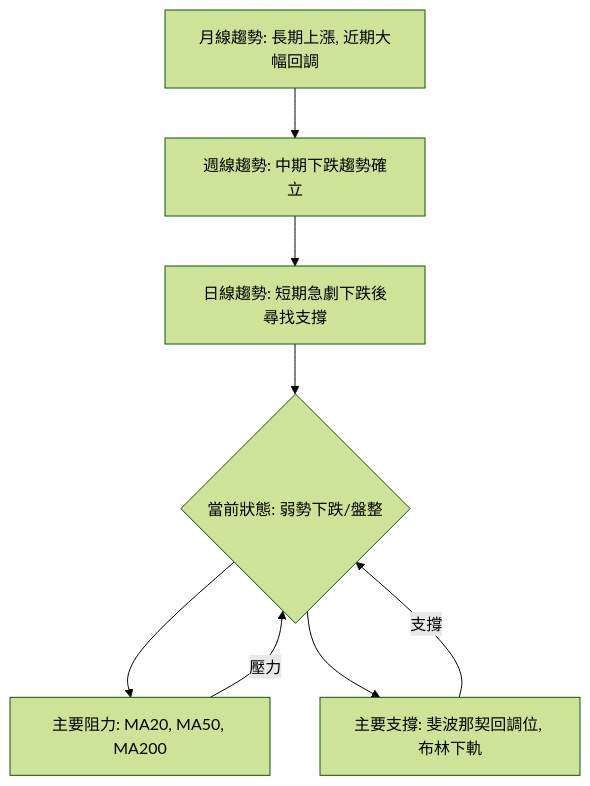
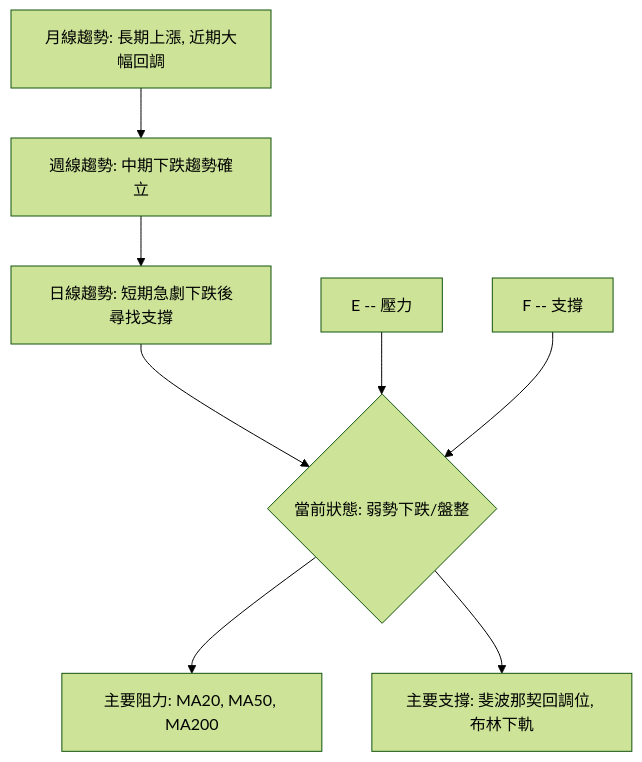
One commit to yennanliu/finance_data changed the second of 12 diagrams in ai_gen_report/stock/onds/technical_analysis_2026-07-01_gemini.md. Above: the diagram before and after it, drawn with Mermaid (forest theme). The commit also changed other lines of this file and 2258 other files, not shown here.

First line of the commit message:
chore: backfill Mermaid syntax repair across existing reports

````diff
--- a/ai_gen_report/stock/onds/technical_analysis_2026-07-01_gemini.md
+++ b/ai_gen_report/stock/onds/technical_analysis_2026-07-01_gemini.md
@@ -131,10 +131,10 @@
 ```mermaid
 graph TD
-    A[月線趨勢: 長期上漲, 近期大幅回調] --> B[週線趨勢: 中期下跌趨勢確立]
-    B --> C[日線趨勢: 短期急劇下跌後尋找支撐]
-    C --> D{當前狀態: 弱勢下跌/盤整}
-    D --> E[主要阻力: MA20, MA50, MA200]
-    D --> F[主要支撐: 斐波那契回調位, 布林下軌]
-    E -- 壓力 --> D
-    F -- 支撐 --> D
+    A["月線趨勢: 長期上漲, 近期大幅回調"] --> B["週線趨勢: 中期下跌趨勢確立"]
+    B --> C["日線趨勢: 短期急劇下跌後尋找支撐"]
+    C --> D{"當前狀態: 弱勢下跌/盤整"}
+    D --> E["主要阻力: MA20, MA50, MA200"]
+    D --> F["主要支撐: 斐波那契回調位, 布林下軌"]
+    nb1["E -- 壓力"] --> D
+    nb2["F -- 支撐"] --> D
 ```
````
